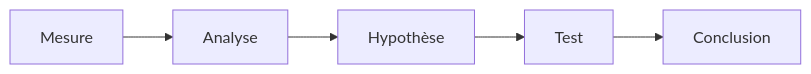
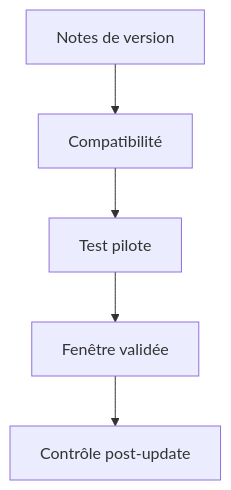
One commit to biggyseven/Skill-Tree changed the fifth of 6 diagrams in content/lessons/maint-maintenance-preventive-intermediaire.md. Above: the diagram before and after it, drawn with Mermaid. The commit also changed other lines of this file, not shown here.

````diff
--- a/content/lessons/maint-maintenance-preventive-intermediaire.md
+++ b/content/lessons/maint-maintenance-preventive-intermediaire.md
@@ -83,4 +95,7 @@
 ```mermaid
-flowchart LR
-  A[Mesure] --> B[Analyse] --> C[Hypothèse] --> D[Test] --> E[Conclusion]
+flowchart TD
+  A[Notes de version] --> B[Compatibilité]
+  B --> C[Test pilote]
+  C --> D[Fenêtre validée]
+  D --> E[Contrôle post-update]
 ```
````
